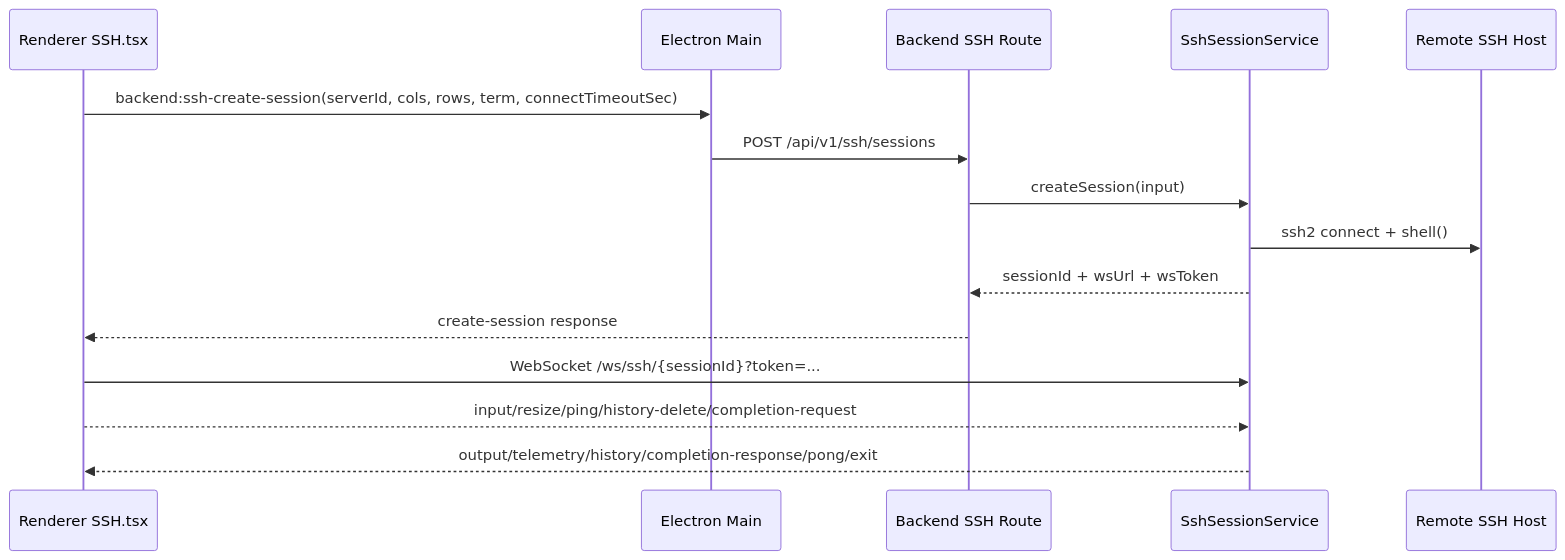
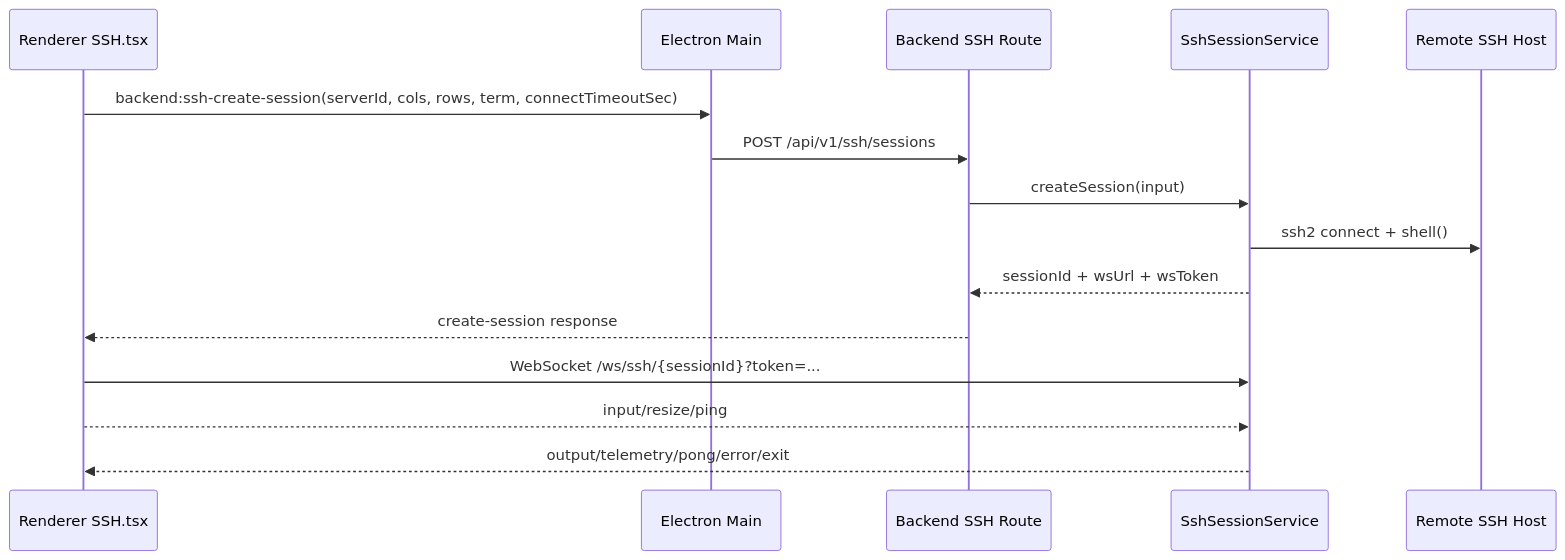
One commit to agoudbg/Cosmosh changed the diagram in docs/developer/runtime/ssh-terminal.md. Above: the diagram before and after it, drawn with Mermaid. The commit also changed other lines of this file and 107 other files, not shown here.

````diff
--- a/docs/developer/runtime/ssh-terminal.md
+++ b/docs/developer/runtime/ssh-terminal.md
@@ -10,18 +10,18 @@
 ```mermaid
 sequenceDiagram
   participant UI as Renderer SSH.tsx
   participant MAIN as Electron Main
   participant API as Backend SSH Route
   participant SSH as SshSessionService
   participant REM as Remote SSH Host
 
   UI->>MAIN: backend:ssh-create-session(serverId, cols, rows, term, connectTimeoutSec)
   MAIN->>API: POST /api/v1/ssh/sessions
   API->>SSH: createSession(input)
   SSH->>REM: ssh2 connect + shell()
   SSH-->>API: sessionId + wsUrl + wsToken
   API-->>UI: create-session response
   UI->>SSH: WebSocket /ws/ssh/{sessionId}?token=...
-  UI-->>SSH: input/resize/ping/history-delete/completion-request
-  SSH-->>UI: output/telemetry/history/completion-response/pong/exit
+  UI-->>SSH: input/resize/ping
+  SSH-->>UI: output/telemetry/pong/error/exit
 ```
````
